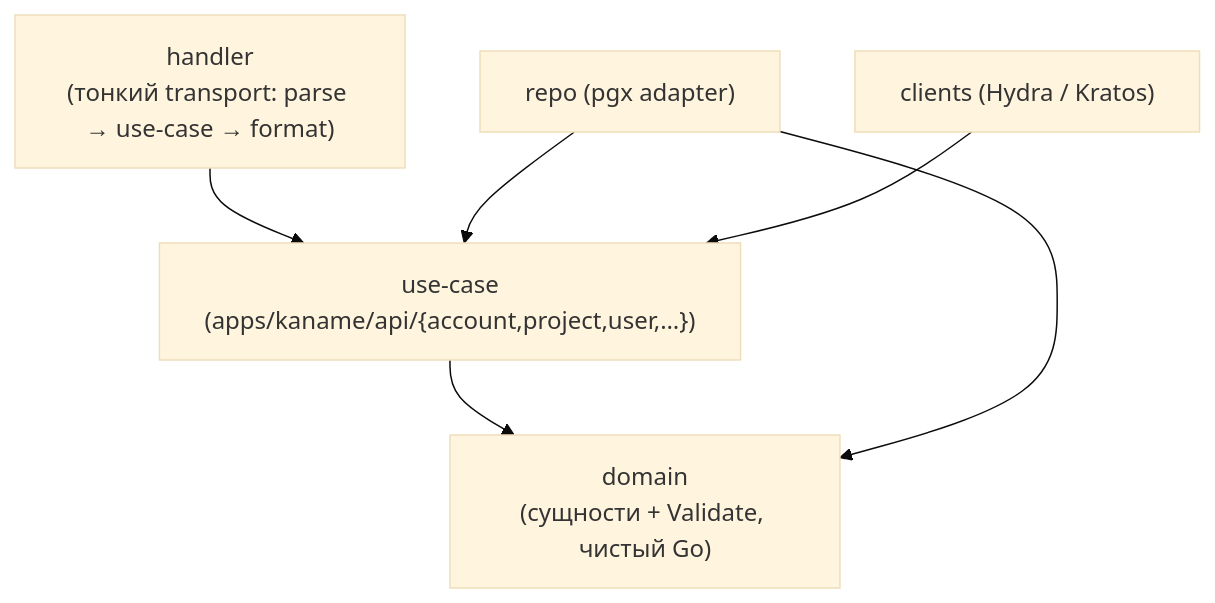
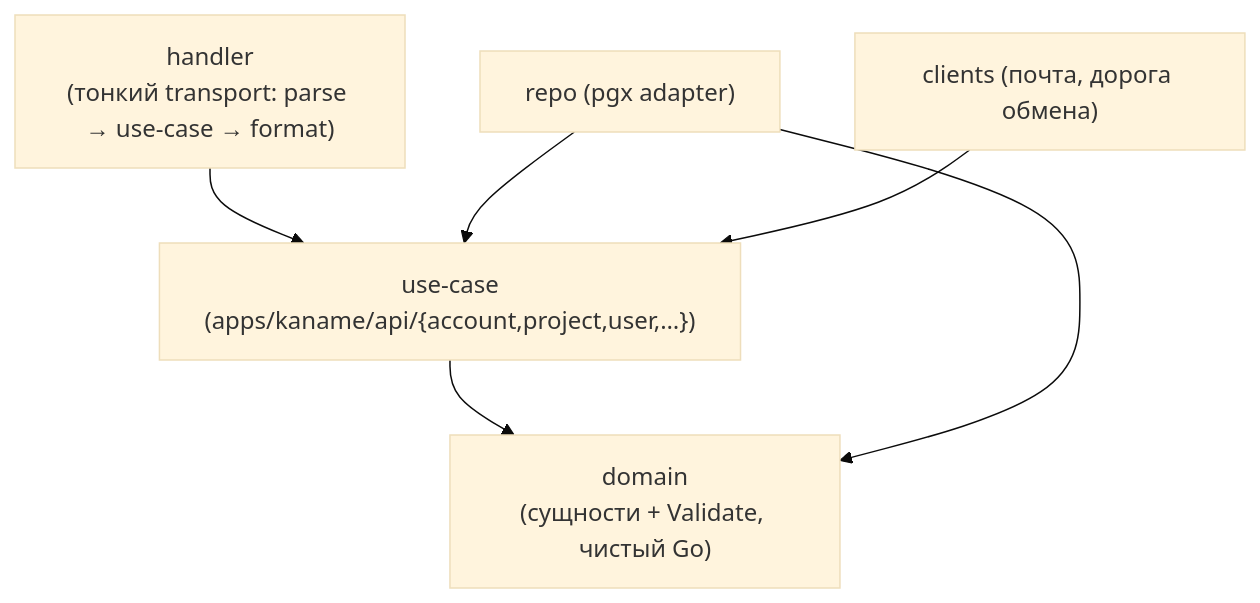
The first of 2 diagrams in docs/content/architecture/overview.mdx (PRO-Robotech/kaname), drawn with Mermaid (base theme) before and after one commit. The commit also changed other lines of this file and 15 other files, not shown here.

````diff
--- a/docs/content/architecture/overview.mdx
+++ b/docs/content/architecture/overview.mdx
@@ -21,8 +21,8 @@
 ```mermaid
 flowchart TD
   handler["handler<br/>(тонкий transport: parse → use-case → format)"] --> uc["use-case<br/>(apps/kaname/api/{account,project,user,…})"]
   repo["repo (pgx adapter)"] --> uc
-  clients["clients (Hydra / Kratos)"] --> uc
+  clients["clients (почта, дорога обмена)"] --> uc
   uc --> domain["domain<br/>(сущности + Validate, чистый Go)"]
   repo --> domain
 ```
````
